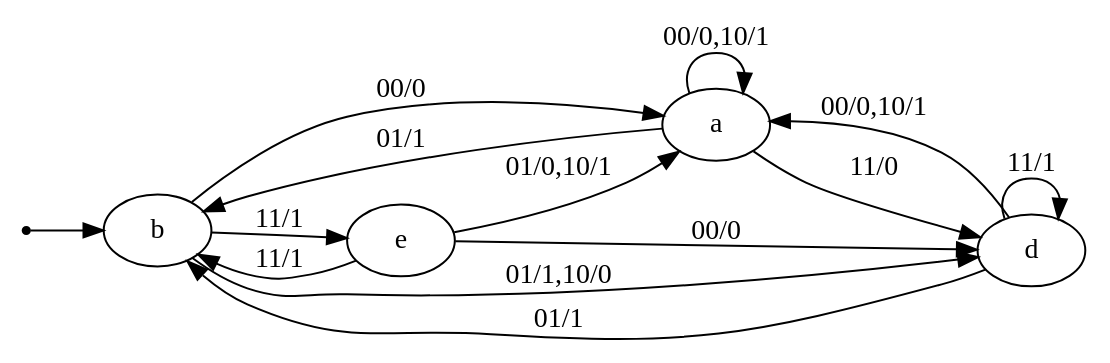
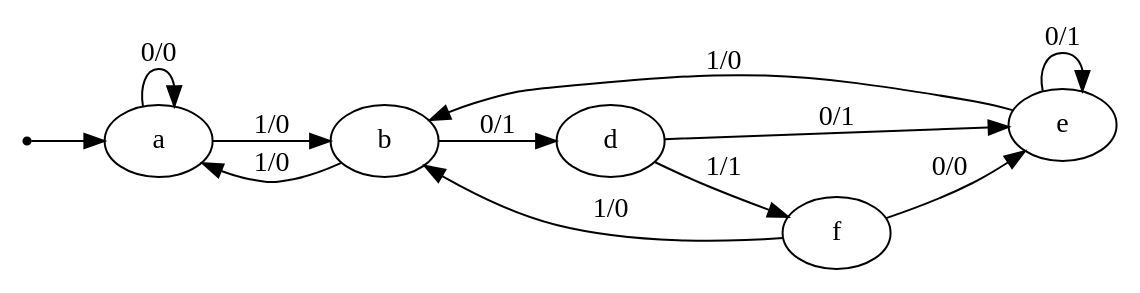
The diagram in out.dot (yc-101/DSD-State-Minimization), drawn with Graphviz before and after one commit. The commit also changed 6 other files, not shown here.

```diff
--- a/out.dot
+++ b/out.dot
@@ -1,23 +1,22 @@
 digraph STG {
 	rankdir=LR;
 
 	INIT [shape=point];
 	a [label="a"];
 	b [label="b"];
 	d [label="d"];
 	e [label="e"];
+	f [label="f"];
 
-	INIT -> b;
-	a -> a [label="00/0,10/1"];
-	a -> b [label="01/1"];
-	a -> d [label="11/0"];
-	b -> a [label="00/0"];
-	b -> d [label="01/1,10/0"];
-	b -> e [label="11/1"];
-	d -> a [label="00/0,10/1"];
-	d -> b [label="01/1"];
-	d -> d [label="11/1"];
-	e -> d [label="00/0"];
-	e -> a [label="01/0,10/1"];
-	e -> b [label="11/1"];
+	INIT -> a;
+	a -> a [label="0/0"];
+	a -> b [label="1/0"];
+	b -> d [label="0/1"];
+	b -> a [label="1/0"];
+	d -> e [label="0/1"];
+	d -> f [label="1/1"];
+	e -> e [label="0/1"];
+	e -> b [label="1/0"];
+	f -> e [label="0/0"];
+	f -> b [label="1/0"];
 }
```
